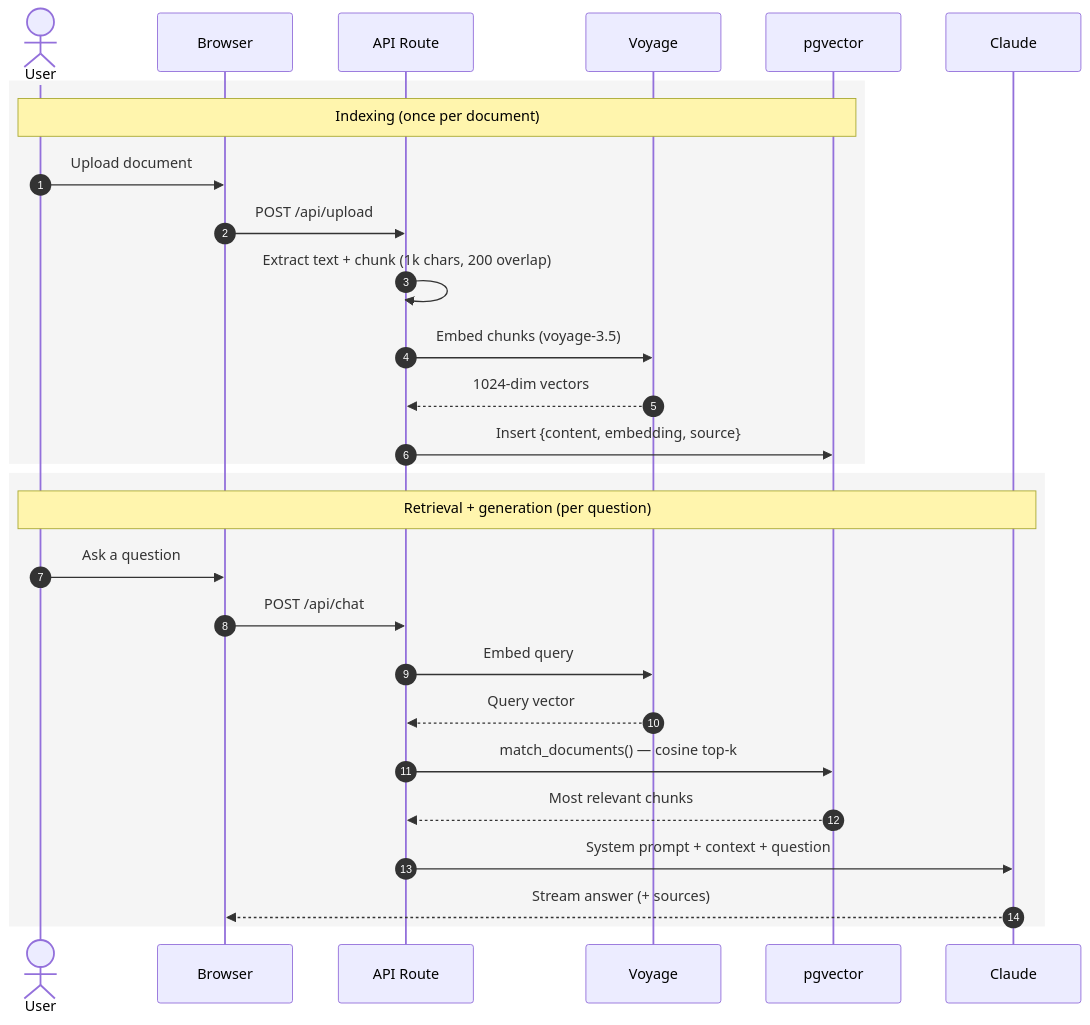
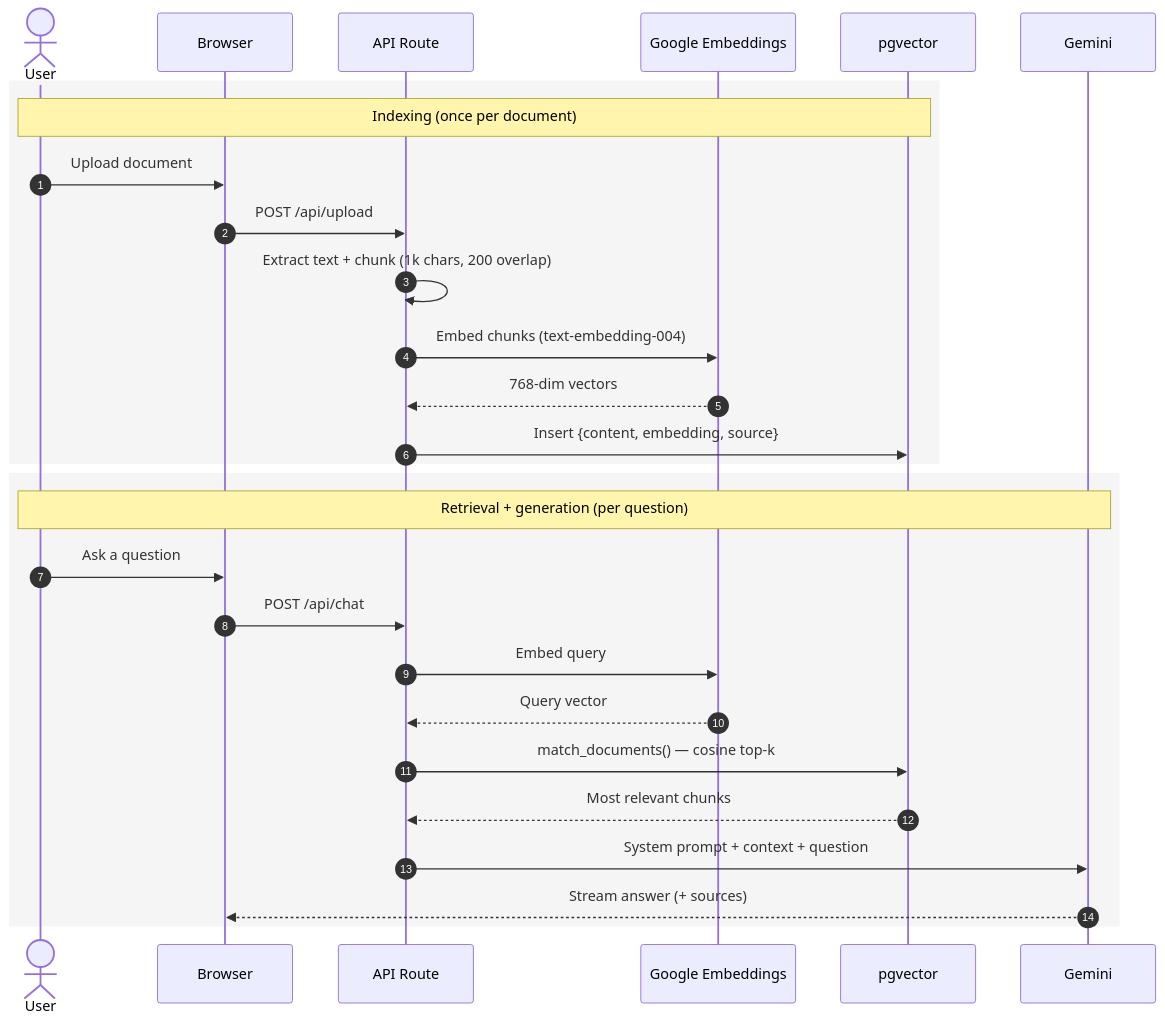
One commit to prem-maradiya/ai-chatbot-for-document changed the second of 2 diagrams in README.md. Above: the diagram before and after it, drawn with Mermaid. The commit also changed other lines of this file and 9 other files, not shown here.

Commit message:
Switch to Google Gemini for generation + embeddings (single free API key); drop Anthropic and Voyage

````diff
--- a/README.md
+++ b/README.md
@@ -84,32 +84,32 @@
 ```mermaid
 sequenceDiagram
     autonumber
     actor User
     participant UI as Browser
     participant API as API Route
-    participant Voyage
+    participant Embed as Google Embeddings
     participant DB as pgvector
-    participant Claude
+    participant Gemini
 
     rect rgb(245, 245, 245)
     note over User,DB: Indexing (once per document)
     User->>UI: Upload document
     UI->>API: POST /api/upload
     API->>API: Extract text + chunk (1k chars, 200 overlap)
-    API->>Voyage: Embed chunks (voyage-3.5)
-    Voyage-->>API: 1024-dim vectors
+    API->>Embed: Embed chunks (text-embedding-004)
+    Embed-->>API: 768-dim vectors
     API->>DB: Insert {content, embedding, source}
     end
 
     rect rgb(245, 245, 245)
-    note over User,Claude: Retrieval + generation (per question)
+    note over User,Gemini: Retrieval + generation (per question)
     User->>UI: Ask a question
     UI->>API: POST /api/chat
-    API->>Voyage: Embed query
-    Voyage-->>API: Query vector
+    API->>Embed: Embed query
+    Embed-->>API: Query vector
     API->>DB: match_documents() — cosine top-k
     DB-->>API: Most relevant chunks
-    API->>Claude: System prompt + context + question
-    Claude-->>UI: Stream answer (+ sources)
+    API->>Gemini: System prompt + context + question
+    Gemini-->>UI: Stream answer (+ sources)
     end
 ```
````
